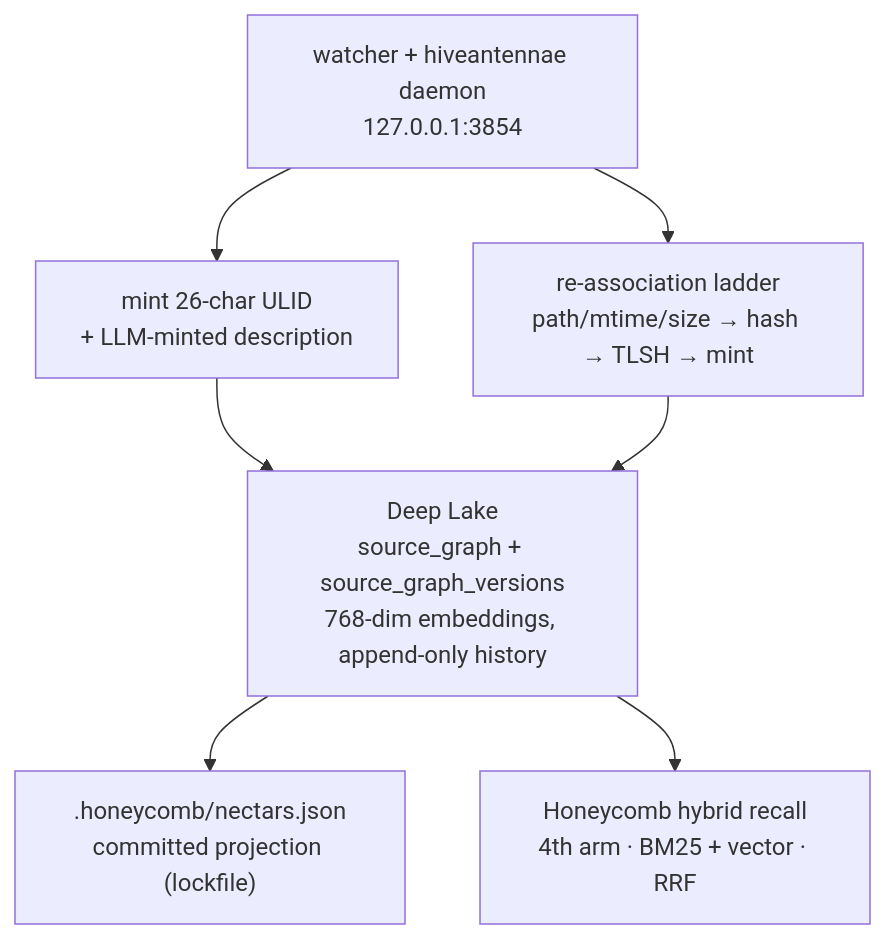
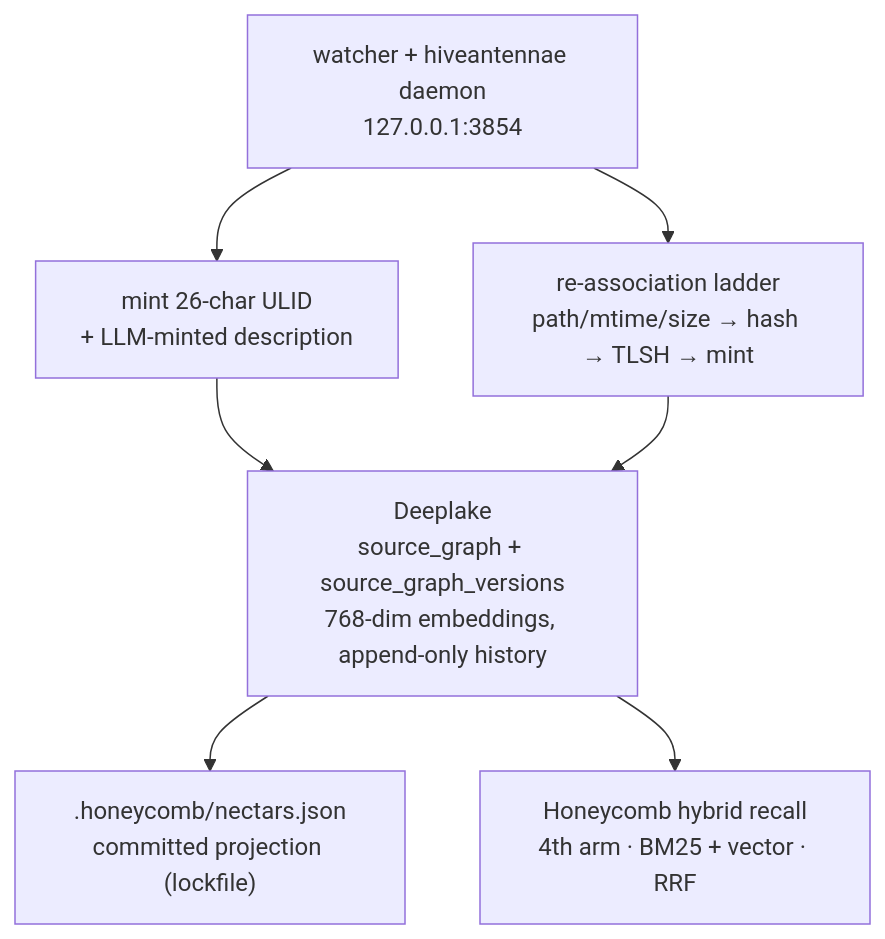
Before and after one commit to legioncodeinc/nectar: the diagram in README.md, drawn with Mermaid. The commit also changed other lines of this file, not shown here.

First line of the commit message:
fix: correct spelling of "Deeplake" in README.md

````diff
--- a/README.md
+++ b/README.md
@@ -186,9 +186,9 @@
 ```mermaid
 flowchart TD
     W["watcher + hiveantennae daemon<br/>127.0.0.1:3854"] --> M["mint 26-char ULID<br/>+ LLM-minted description"]
     W --> L["re-association ladder<br/>path/mtime/size → hash → TLSH → mint"]
-    M --> DL["Deep Lake<br/>source_graph + source_graph_versions<br/>768-dim embeddings, append-only history"]
+    M --> DL["Deeplake<br/>source_graph + source_graph_versions<br/>768-dim embeddings, append-only history"]
     L --> DL
     DL --> P[".honeycomb/nectars.json<br/>committed projection (lockfile)"]
     DL --> R["Honeycomb hybrid recall<br/>4th arm · BM25 + vector · RRF"]
 ```
````
